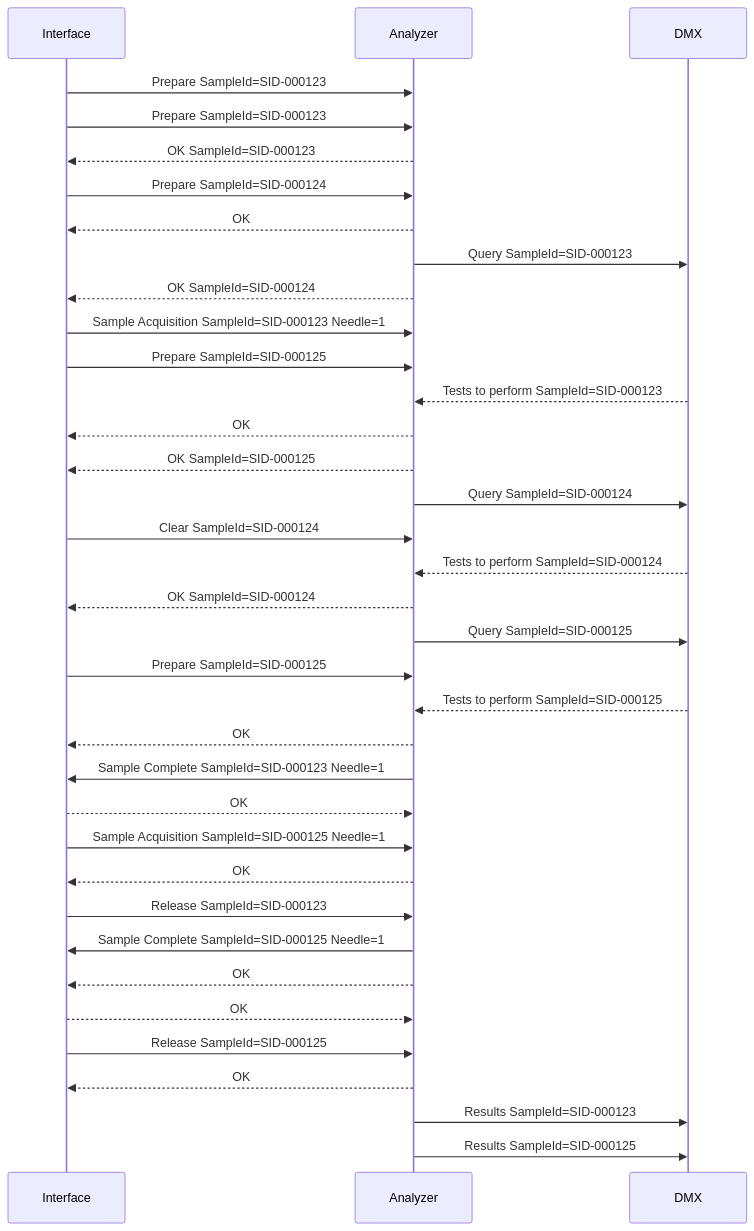
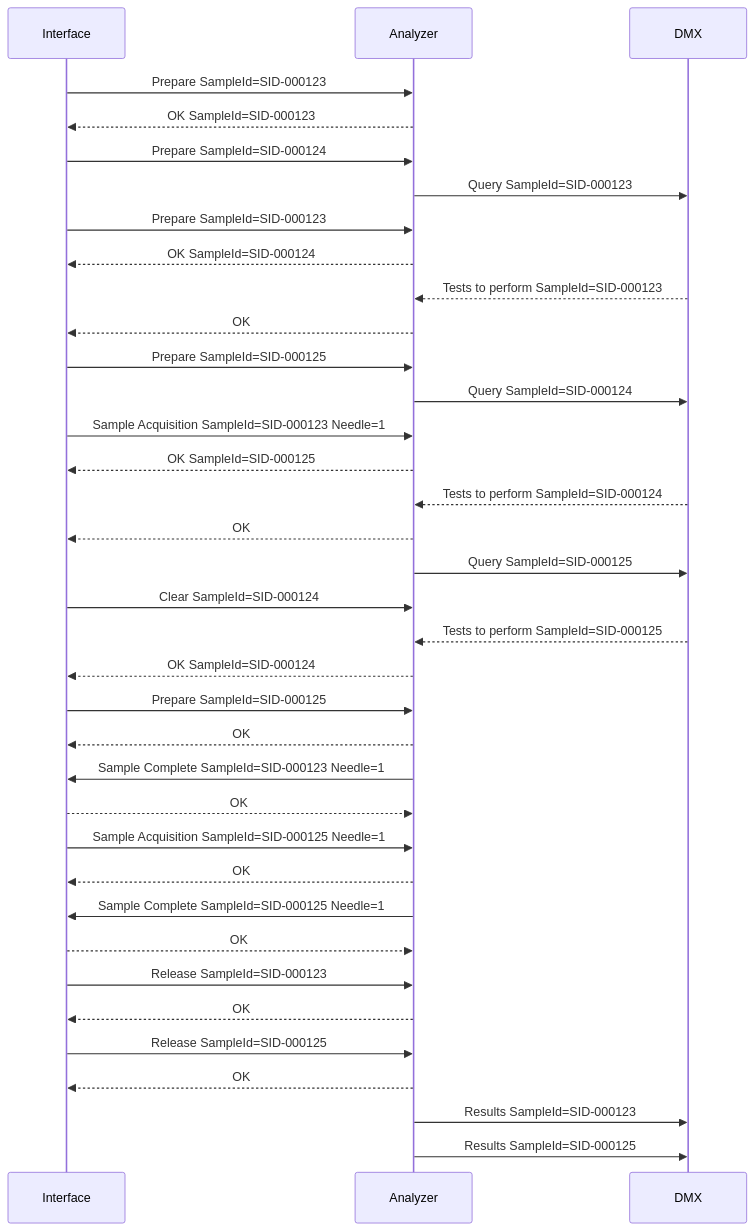
One commit to specialk74/trackviz changed the diagram in scenes/14_spur2_clear_missing_carrier.mmd. Above: the diagram before and after it, drawn with Mermaid. The commit also changed 11 other files, not shown here.

```diff
--- a/scenes/14_spur2_clear_missing_carrier.mmd
+++ b/scenes/14_spur2_clear_missing_carrier.mmd
@@ -1,137 +1,134 @@
 %% # Scene 14 — spur with two needles, a carrier expected in the spur is missing: Clear
 %% # C2 goes straight on the Main-Lane; its logical position is a dashed ghost (C2L). When the
 %% # first divert reads C3 instead of C2 the interface sends Clear for C2 and, after the
 %% # reply, Prepare again for C3.
 %% # Carrier flow: right to left on the Main-Lane, up the spur, down the back branch.
 %% # Coordinates are in a fixed 1920x1080 space (track panel: x 30..950, y 120..885).
 %% # Points left of x=30 or right of x=950 are outside the panel (hidden).
 %% geometry spur2
 %% subtitle Spur with two sampling points — a carrier expected in the spur is missing, Clear
 sequenceDiagram
     participant IF as Interface
     participant AN as Analyzer
     participant DMX as DMX
 
     %% carrier id=C1 sid=SID-000123 route=main_in,pit1,gone
     %% # The real C2: it is not diverted.
     %% carrier id=C2 sid=SID-000124 route=spawn,gone color=#0EA5E9
     %% # Where the interface believes C2 is.
     %% carrier id=C2L sid=SID-000124 route=nsd,d1 color=#0EA5E9 ghost hidden tag=SID-000124_(expected)
     %% carrier id=C3 sid=SID-000125 route=spawn,pit1,gone color=#DB2777
 
     %% caption 1 · Three carriers | Three carriers meant for needle 1 of the analyzer travel on the Main-Lane towards the spur.
     %% at 2.5
     %% move C1 to d1
     %% on antenna1 C1
     %% caption 2 · Diverted — Prepare | The first carrier is diverted into the spur without stopping: the interface sends Prepare to the analyzer.
     %% on antenna1
     IF->>AN: Prepare SampleId=SID-000123
     %% at 4.6
     %% move C2 to gone
-    %% after 0.1 antenna2 C1
-    %% color #9333EA
-    IF->>AN: Prepare SampleId=SID-000123
-    %% on antenna1 C2
+    %% after 0.1 Prepare C1
     AN-->>IF: OK SampleId=SID-000123
     %% on antenna1 C2
     %% caption 3 · Physically straight, logically diverted | The second carrier should be diverted too, and the interface sends Prepare. But physically it goes straight on the Main-Lane: the dashed outline is where the interface believes it is.
     %% on antenna1 C2
     %% move C2L to d1
     %% on antenna1
     IF->>AN: Prepare SampleId=SID-000124
     %% on antenna1 C2
     %% show C2L duration=0.4
+    %% after 0.1 OK C1
+    AN->>DMX: Query SampleId=SID-000123
+    %% at 7.6
+    %% move C3 to d1
+    %% after 0.1 antenna2 C1
+    %% color #9333EA
+    IF->>AN: Prepare SampleId=SID-000123
+    %% after 0.2 Prepare C2
+    AN-->>IF: OK SampleId=SID-000124
     %% after 0.6 antenna2 C1
     %% pass div1
+    %% after 0.2 Query C1
+    DMX-->>AN: Tests to perform SampleId=SID-000123
     %% after 0.1 Prepare C1
     %% for C1
     AN-->>IF: OK
-    %% after 1.7 antenna1 C2
-    AN->>DMX: Query SampleId=SID-000123
-    %% after 0.2 Prepare C2
-    AN-->>IF: OK SampleId=SID-000124
+    %% on antenna1
+    IF->>AN: Prepare SampleId=SID-000125
+    %% after 0.1 Tests to perform C1
+    AN->>DMX: Query SampleId=SID-000124
     %% after 0.2 antenna3 C1
     IF->>AN: Sample Acquisition SampleId=SID-000123 Needle=1
-    %% at 7.6
-    %% move C3 to d1
-    %% on antenna1
-    IF->>AN: Prepare SampleId=SID-000125
-    %% after 0.2 Query C1
-    DMX-->>AN: Tests to perform SampleId=SID-000123
+    %% after 0.2 Prepare C3
+    AN-->>IF: OK SampleId=SID-000125
+    %% after 0.2 Query C2
+    DMX-->>AN: Tests to perform SampleId=SID-000124
     %% after 0.1 Sample Acquisition C1
     %% for C1
     AN-->>IF: OK
-    %% after 0.2 Prepare C3
-    AN-->>IF: OK SampleId=SID-000125
-    %% after 0.1 Tests to perform C1
-    AN->>DMX: Query SampleId=SID-000124
+    %% after 0.1 Tests to perform C2
+    AN->>DMX: Query SampleId=SID-000125
+    %% on antenna2 C3
+    %% caption 4 · Read at the divert — Clear | The third carrier stops at the divert on top of the second one, which is not there. It reads the third sample instead of the second: the interface sends Clear for the second.
     %% after 0.1 OK C1
     %% pipette sp1 duration=6.6 sid=SID-000123
-    %% on antenna2 C3
-    %% caption 4 · Read at the divert — Clear | The third carrier stops at the divert on top of the second one, which is not there. It reads the third sample instead of the second: the interface sends Clear for the second.
     %% after 0.195 antenna2 C3
     IF->>AN: Clear SampleId=SID-000124
     %% after 0.6 antenna2 C3
     %% move C3 to q1
-    %% after 0.2 Query C2
-    DMX-->>AN: Tests to perform SampleId=SID-000124
+    %% after 0.2 Query C3
+    DMX-->>AN: Tests to perform SampleId=SID-000125
     %% after 0.1 Clear C2
     AN-->>IF: OK SampleId=SID-000124
-    %% after 0.1 Tests to perform C2
-    AN->>DMX: Query SampleId=SID-000125
-    %% after 0 OK C2
     %% hide C2L duration=0.6
     %% after 0.1 OK C2
     %% color #9333EA
     IF->>AN: Prepare SampleId=SID-000125
-    %% after 0.2 Query C3
-    DMX-->>AN: Tests to perform SampleId=SID-000125
-    %% after 0 Prepare C3
     %% caption 5 · Prepare again for the third carrier | The carrier does not wait for the reply to Clear: it is diverted right away, behind the first one. Once the reply has arrived the interface sends Prepare again for it.
     %% after 0.1 Prepare C3
     %% for C3
     AN-->>IF: OK
     %% after 0.2 pipette sp1
     AN->>IF: Sample Complete SampleId=SID-000123 Needle=1
     %% caption 6 · Sample Complete | Sample Complete: the first carrier is released and the third moves up to the sampling point.
     %% after 0.1 Sample Complete C1
     %% for C1
     IF-->>AN: OK
     %% pass sp1
     %% after 0 OK C1
     %% move C3 to s1
     %% after 0.2 antenna3 C3
     IF->>AN: Sample Acquisition SampleId=SID-000125 Needle=1
+    %% after 0.1
+    %% for C3
+    AN-->>IF: OK
     %% after 0.401 antenna4 C1
     %% pass div2
-    %% after 0.1 Sample Acquisition C3
-    %% for C3
-    AN-->>IF: OK
-    %% after 0.1
+    %% after 0.1 OK C3
     %% pipette sp1 duration=4 sid=SID-000125
-    %% on antenna6
-    IF->>AN: Release SampleId=SID-000123
-    %% after 0.2 pipette sp1
+    %% after 0.2
     AN->>IF: Sample Complete SampleId=SID-000125 Needle=1
-    %% after 0.1 Release C1
-    %% for C1
-    AN-->>IF: OK
-    %% after 0 Sample Complete C3
     %% caption 7 · Back to normal | Sample Complete for the third sample: the carrier goes on up the spur, stops at the second divert and, once it has left the module, gets its Release.
     %% after 0.1 Sample Complete C3
     %% for C3
     IF-->>AN: OK
     %% pass sp1
+    %% on antenna6
+    IF->>AN: Release SampleId=SID-000123
+    %% after 0.1
+    %% for C1
+    AN-->>IF: OK
     %% after 0.401 antenna4 C3
     %% pass div2
     %% on antenna6
     IF->>AN: Release SampleId=SID-000125
     %% after 0.1
     %% for C3
     AN-->>IF: OK
     %% after 0.5
     %% caption 8 · Results | Later, when the analysis is complete, the analyzer sends the results to DMX.
     %% after 0.5 OK C3
     AN->>DMX: Results SampleId=SID-000123
     %% after 0.2
     AN->>DMX: Results SampleId=SID-000125
```
